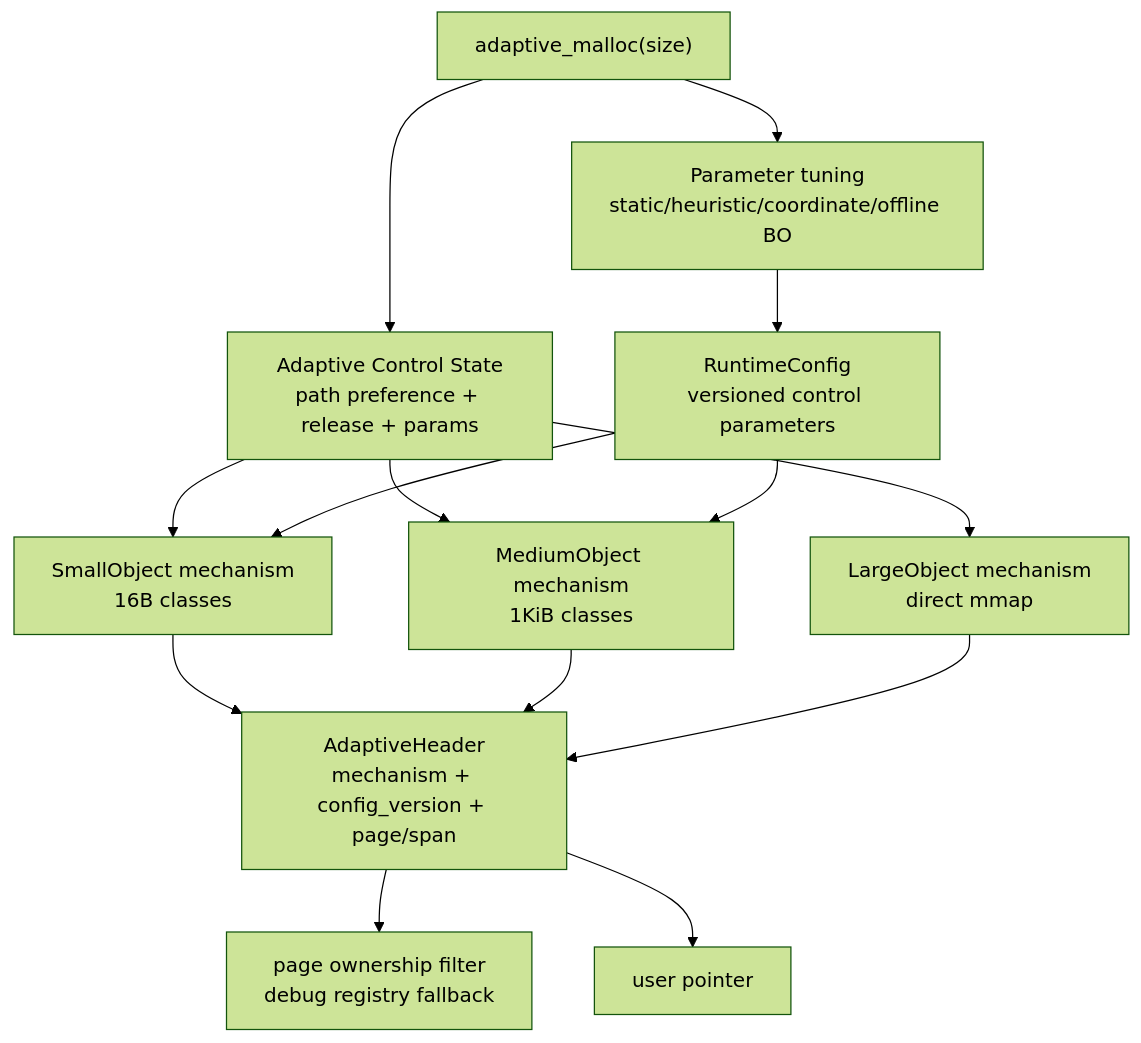
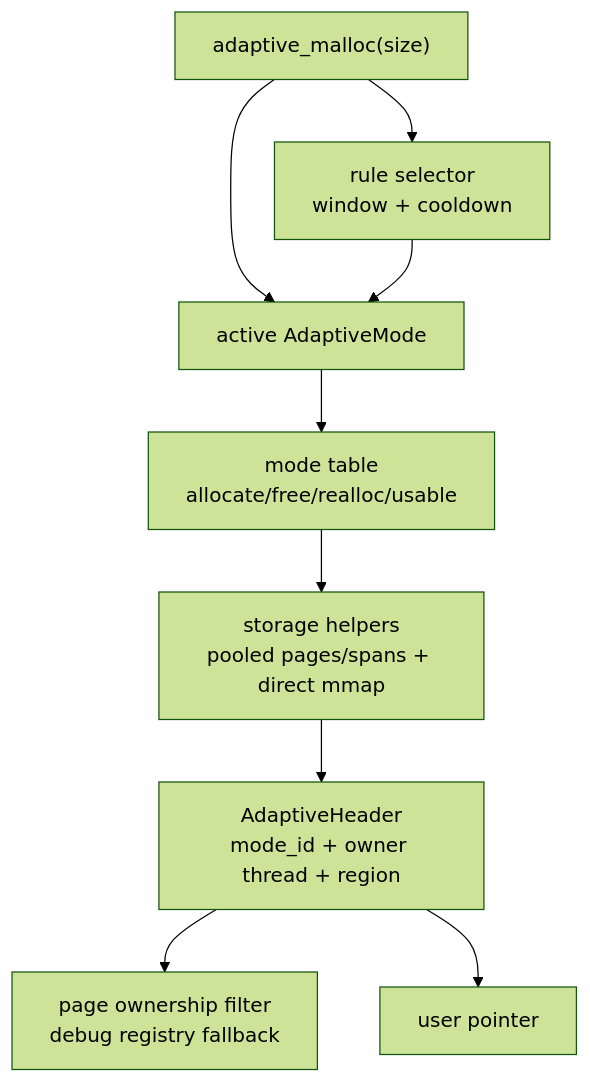
The third of 3 diagrams in docs/system_architecture.md (sdsasf/my_malloc), drawn with Mermaid (forest theme) before and after one commit. The commit also changed other lines of this file and 13 other files, not shown here.

Commit message:
Refactor adaptive allocator around modes

````diff
--- a/docs/system_architecture.md
+++ b/docs/system_architecture.md
@@ -159,26 +158,19 @@
 ```mermaid
 flowchart TB
     Req["adaptive_malloc(size)"]
-    Control["Adaptive Control State<br/>path preference + release + params"]
-    ParamPolicy["Parameter tuning<br/>static/heuristic/coordinate/offline BO"]
-    Config["RuntimeConfig<br/>versioned control parameters"]
-    Small["SmallObject mechanism<br/>16B classes"]
-    Medium["MediumObject mechanism<br/>1KiB classes"]
-    Large["LargeObject mechanism<br/>direct mmap"]
-    Header["AdaptiveHeader<br/>mechanism + config_version + page/span"]
+    Active["active AdaptiveMode"]
+    Selector["rule selector<br/>window + cooldown"]
+    Modes["mode table<br/>allocate/free/realloc/usable"]
+    Helpers["storage helpers<br/>pooled pages/spans + direct mmap"]
+    Header["AdaptiveHeader<br/>mode_id + owner thread + region"]
     Registry["page ownership filter<br/>debug registry fallback"]
     User["user pointer"]
 
-    Req --> Control
-    Req --> ParamPolicy --> Config
-    Control --> Small
-    Control --> Medium
-    Control --> Large
-    Config --> Small
-    Config --> Medium
-    Small --> Header
-    Medium --> Header
-    Large --> Header
+    Req --> Active
+    Req --> Selector --> Active
+    Active --> Modes
+    Modes --> Helpers
+    Helpers --> Header
     Header --> Registry
     Header --> User
 ```
````
